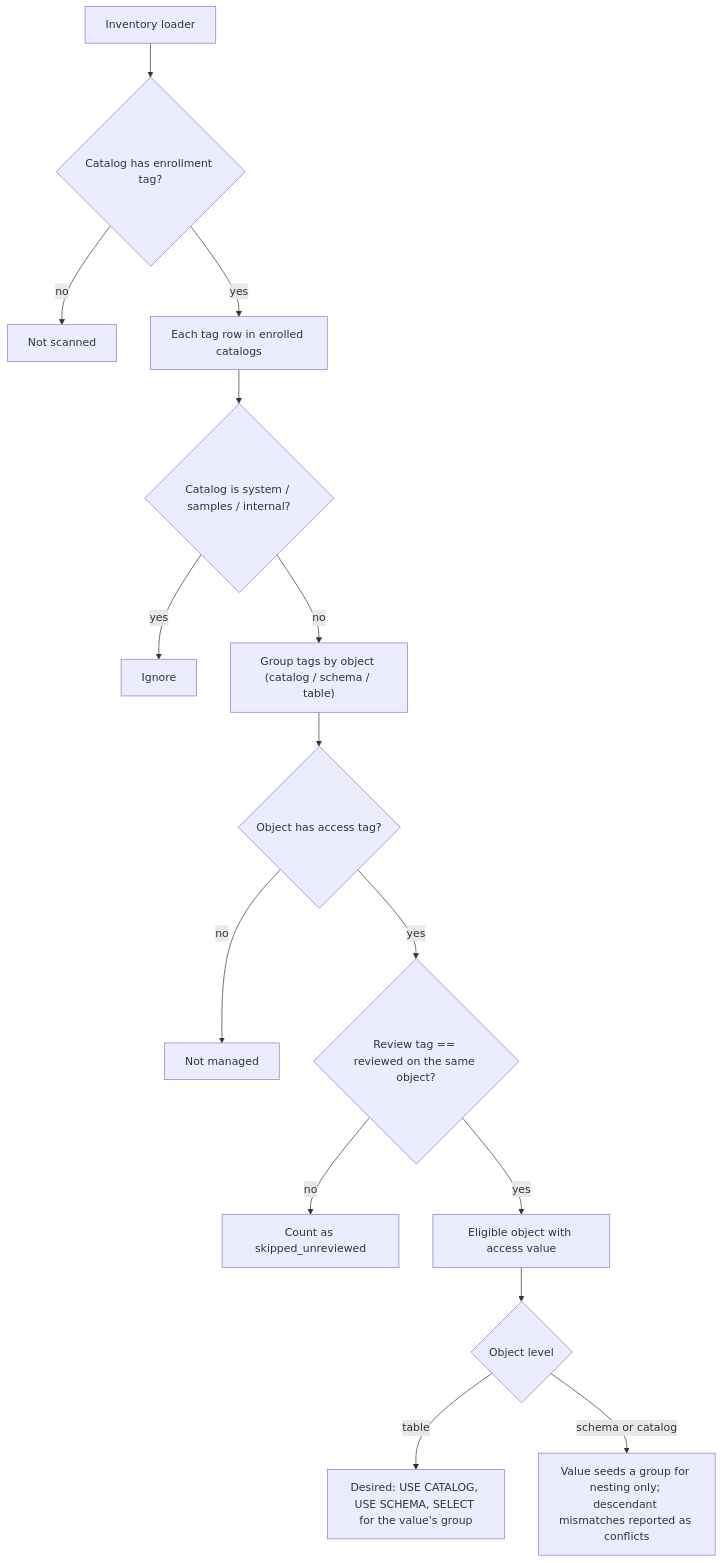
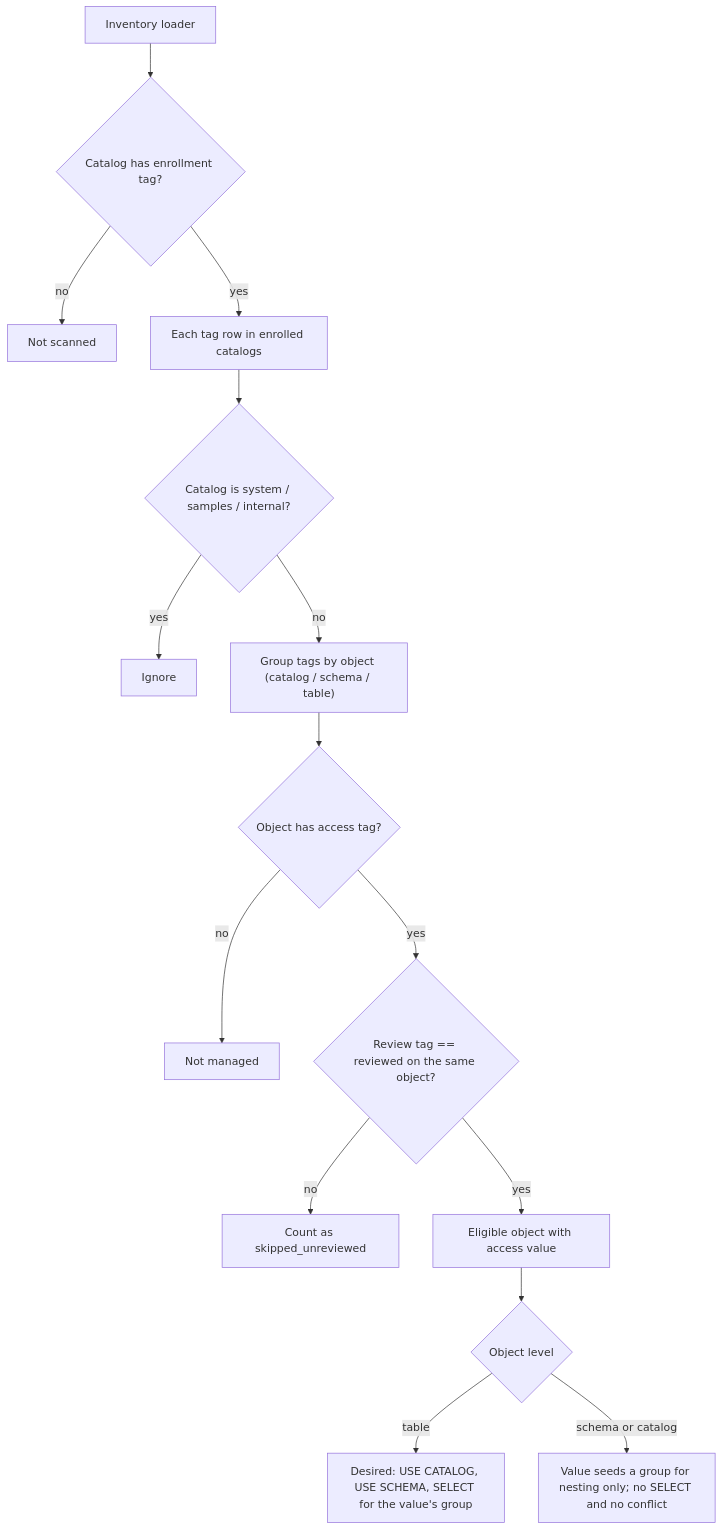
Before and after one commit to dgalluzzo26/databricks-governance-app: the third of 8 diagrams in docs/grants-sync.md, drawn with Mermaid. The commit also changed 5 other files, not shown here.

First line of the commit message:
Stop catalog/schema tag conflicts for table-only grants

````diff
--- a/docs/grants-sync.md
+++ b/docs/grants-sync.md
@@ -138,17 +138,17 @@
 ```mermaid
 flowchart TD
   inv["Inventory loader"] --> enroll{"Catalog has enrollment tag?"}
   enroll -->|no| skip0["Not scanned"]
   enroll -->|yes| row["Each tag row in enrolled catalogs"]
   row --> sys{"Catalog is system / samples / internal?"}
   sys -->|yes| skip1["Ignore"]
   sys -->|no| obj["Group tags by object (catalog / schema / table)"]
   obj --> hasAccess{"Object has access tag?"}
   hasAccess -->|no| skip3["Not managed"]
   hasAccess -->|yes| reviewed{"Review tag == reviewed on the same object?"}
   reviewed -->|no| unreviewed["Count as skipped_unreviewed"]
   reviewed -->|yes| eligible["Eligible object with access value"]
   eligible --> level{"Object level"}
   level -->|table| tableGrants["Desired: USE CATALOG, USE SCHEMA, SELECT for the value's group"]
-  level -->|schema or catalog| nestOnly["Value seeds a group for nesting only; descendant mismatches reported as conflicts"]
+  level -->|schema or catalog| nestOnly["Value seeds a group for nesting only; no SELECT and no conflict"]
 ```
````
